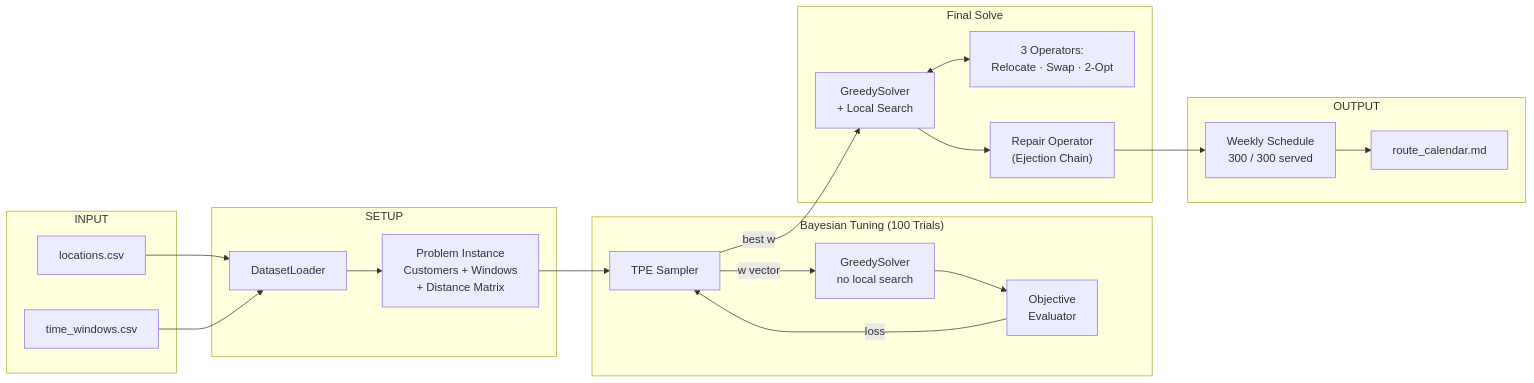
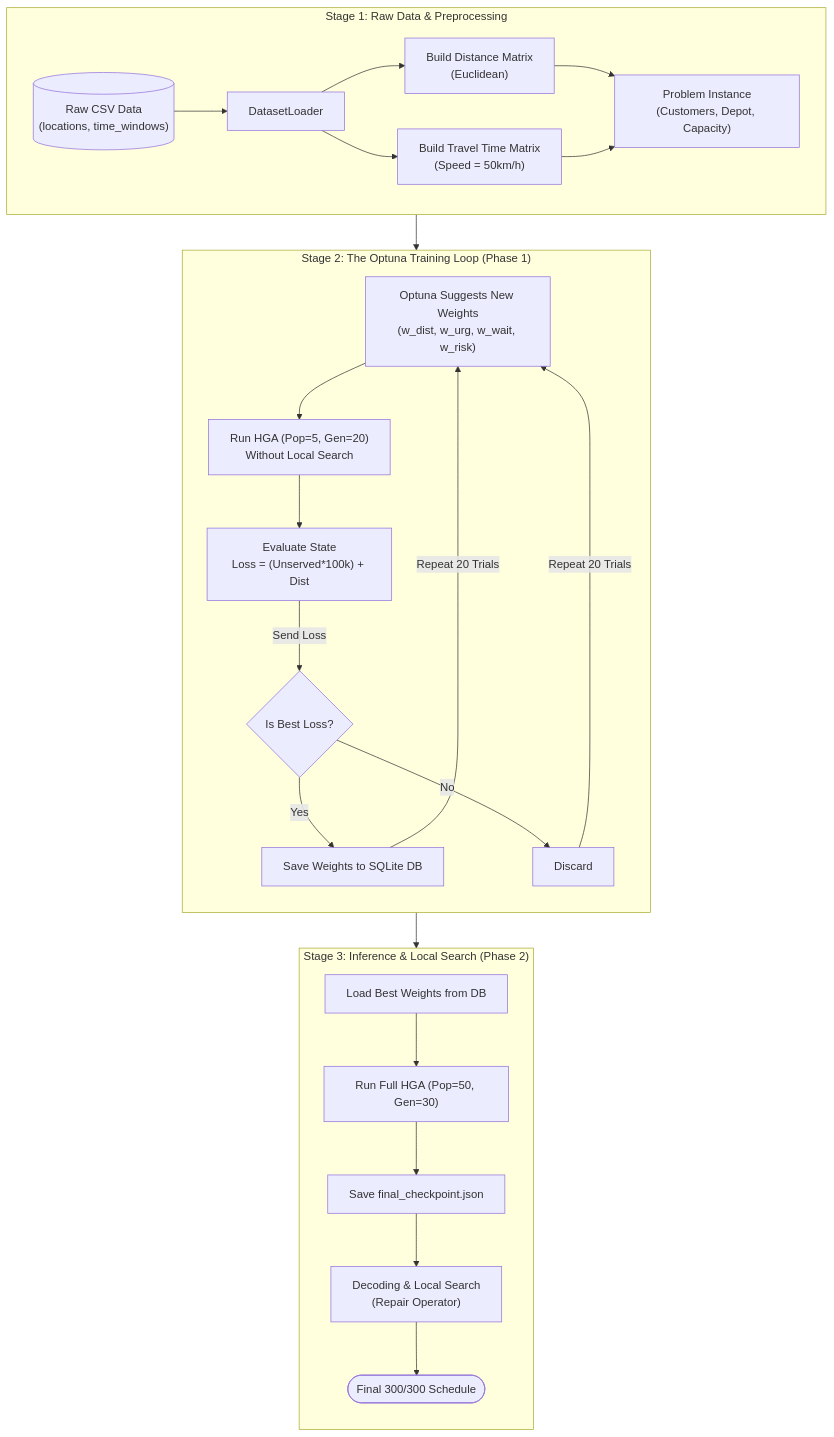
Before and after one commit to tranthihaivan-hava/Smart-traffic: the diagram in Overview/algorithm_flow.md, drawn with Mermaid. The commit also changed other lines of this file and 48 other files, not shown here.

````diff
--- a/Overview/algorithm_flow.md
+++ b/Overview/algorithm_flow.md
@@ -208,42 +10,33 @@
 ```mermaid
-flowchart LR
-    subgraph INPUT
-        A1[locations.csv]
-        A2[time_windows.csv]
+flowchart TD
+    %% Stage 1: Data
+    subgraph S1 ["Stage 1: Raw Data & Preprocessing"]
+        A1[("Raw CSV Data\n(locations, time_windows)")] --> A2["DatasetLoader"]
+        A2 --> A3["Build Distance Matrix\n(Euclidean)"]
+        A2 --> A4["Build Travel Time Matrix\n(Speed = 50km/h)"]
+        A3 & A4 --> A5["Problem Instance\n(Customers, Depot, Capacity)"]
     end
-
-    subgraph SETUP
-        B1[DatasetLoader]
-        B2["Problem Instance\nCustomers + Windows\n+ Distance Matrix"]
+    
+    %% Stage 2: Loop
+    subgraph S2 ["Stage 2: The Optuna Training Loop (Phase 1)"]
+        direction TB
+        B1["Optuna Suggests New Weights\n(w_dist, w_urg, w_wait, w_risk)"] --> B2["Run HGA (Pop=5, Gen=20)\nWithout Local Search"]
+        B2 --> B3["Evaluate State\nLoss = (Unserved*100k) + Dist"]
+        B3 -->|Send Loss| B4{"Is Best Loss?"}
+        B4 -->|Yes| B5["Save Weights to SQLite DB"]
+        B4 -->|No| B6["Discard"]
+        B5 & B6 -->|Repeat 20 Trials| B1
     end
-
-    subgraph OPTUNA["Bayesian Tuning (100 Trials)"]
-        C1[TPE Sampler]
-        C2["GreedySolver\nno local search"]
-        C3[Objective\nEvaluator]
+    
+    %% Stage 3: Inference
+    subgraph S3 ["Stage 3: Inference & Local Search (Phase 2)"]
+        direction TB
+        C1["Load Best Weights from DB"] --> C2["Run Full HGA (Pop=50, Gen=30)"]
+        C2 --> C3["Save final_checkpoint.json"]
+        C3 --> C4["Decoding & Local Search\n(Repair Operator)"]
+        C4 --> C5(["Final 300/300 Schedule"])
     end
-
-    subgraph FINAL["Final Solve"]
-        D1["GreedySolver\n+ Local Search"]
-        D2["3 Operators:\nRelocate · Swap · 2-Opt"]
-        D3["Repair Operator\n(Ejection Chain)"]
-    end
-
-    subgraph OUTPUT
-        E1["Weekly Schedule\n300 / 300 served"]
-        E2[route_calendar.md]
-    end
-
-    A1 --> B1
-    A2 --> B1
-    B1 --> B2
-    B2 --> C1
-    C1 -->|w vector| C2
-    C2 --> C3
-    C3 -->|loss| C1
-    C1 -->|best w| D1
-    D1 <--> D2
-    D1 --> D3
-    D3 --> E1
-    E1 --> E2
+    
+    S1 --> S2
+    S2 --> S3
 ```
````
